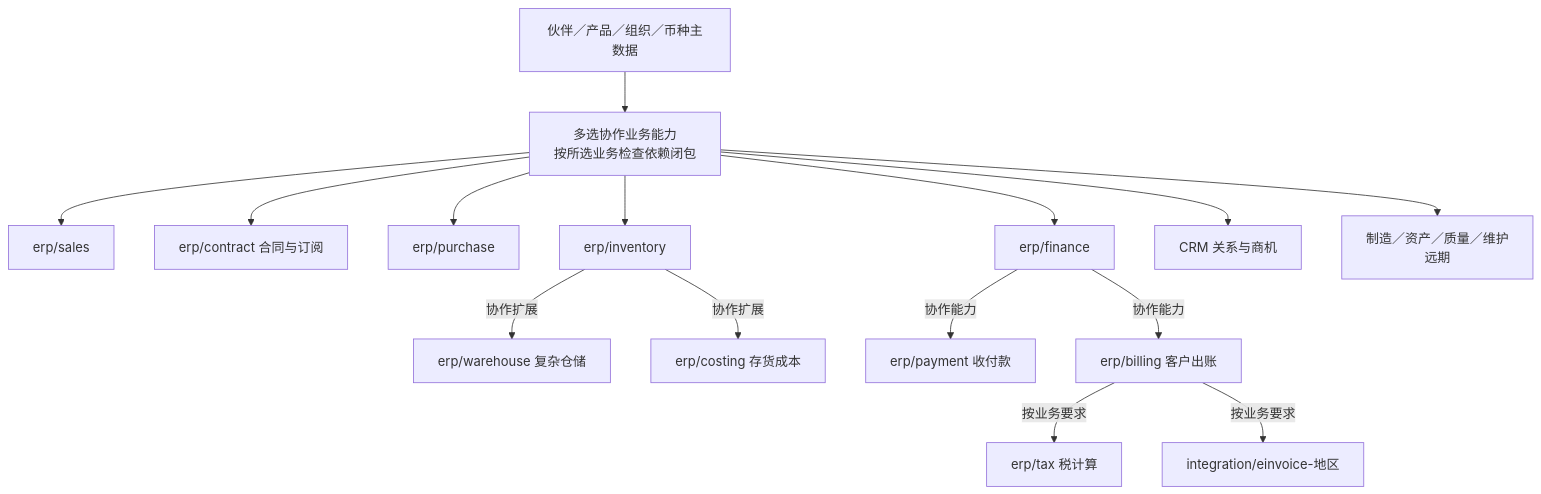
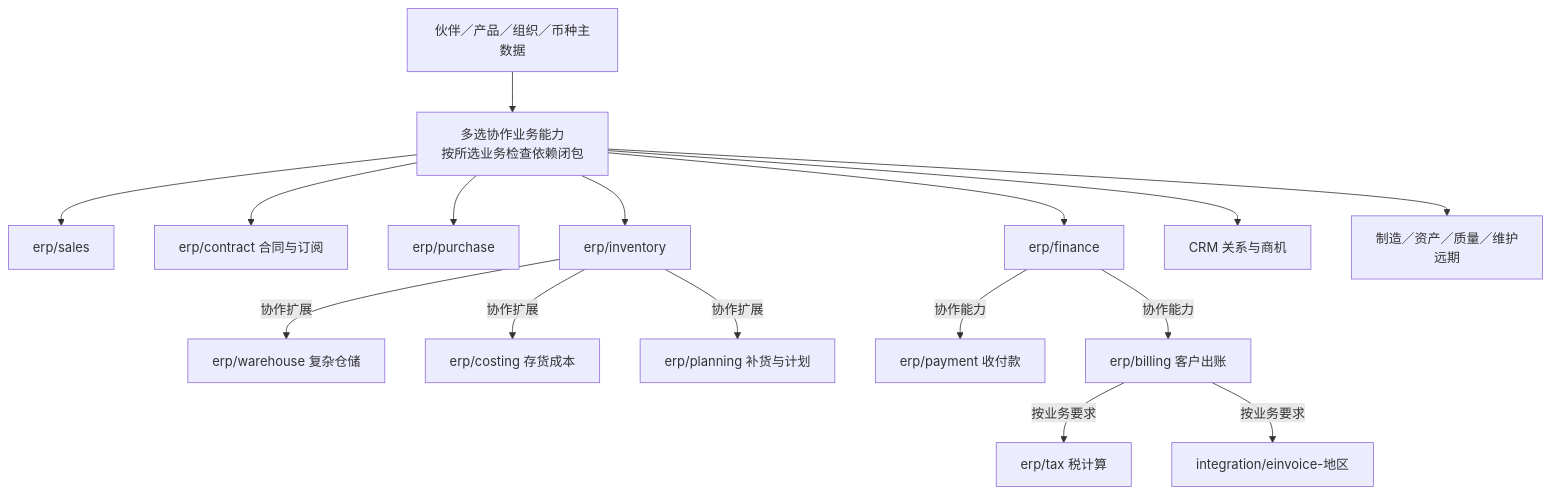
Before and after one commit to brickKit/be-assembly-standard: the second of 3 diagrams in tempDocs/final/00-overview/04-selection.md, drawn with Mermaid. The commit also changed other lines of this file and 10 other files, not shown here.

First line of the commit message:
docs(tempDocs): 决定 D71（补货与物料需求计划由新组件 erp/planning 拥有）

````diff
--- a/tempDocs/final/00-overview/04-selection.md
+++ b/tempDocs/final/00-overview/04-selection.md
@@ -40,17 +40,18 @@
 ```mermaid
 flowchart TB
     P[伙伴／产品／组织／币种主数据] --> B[多选协作业务能力<br/>按所选业务检查依赖闭包]
     B --> SAL[erp/sales]
     B --> CT[erp/contract 合同与订阅]
     B --> PUR[erp/purchase]
     B --> INV[erp/inventory]
     B --> FIN[erp/finance]
     B --> CRM[CRM 关系与商机]
     B --> EX[制造／资产／质量／维护<br/>远期]
     INV -->|协作扩展| W[erp/warehouse 复杂仓储]
     INV -->|协作扩展| CO[erp/costing 存货成本]
+    INV -->|协作扩展| PL[erp/planning 补货与计划]
     FIN -->|协作能力| PAY[erp/payment 收付款]
     FIN -->|协作能力| BILL[erp/billing 客户出账]
     BILL -->|按业务要求| TAX[erp/tax 税计算]
     BILL -->|按业务要求| EI[integration/einvoice-地区]
 ```
````
